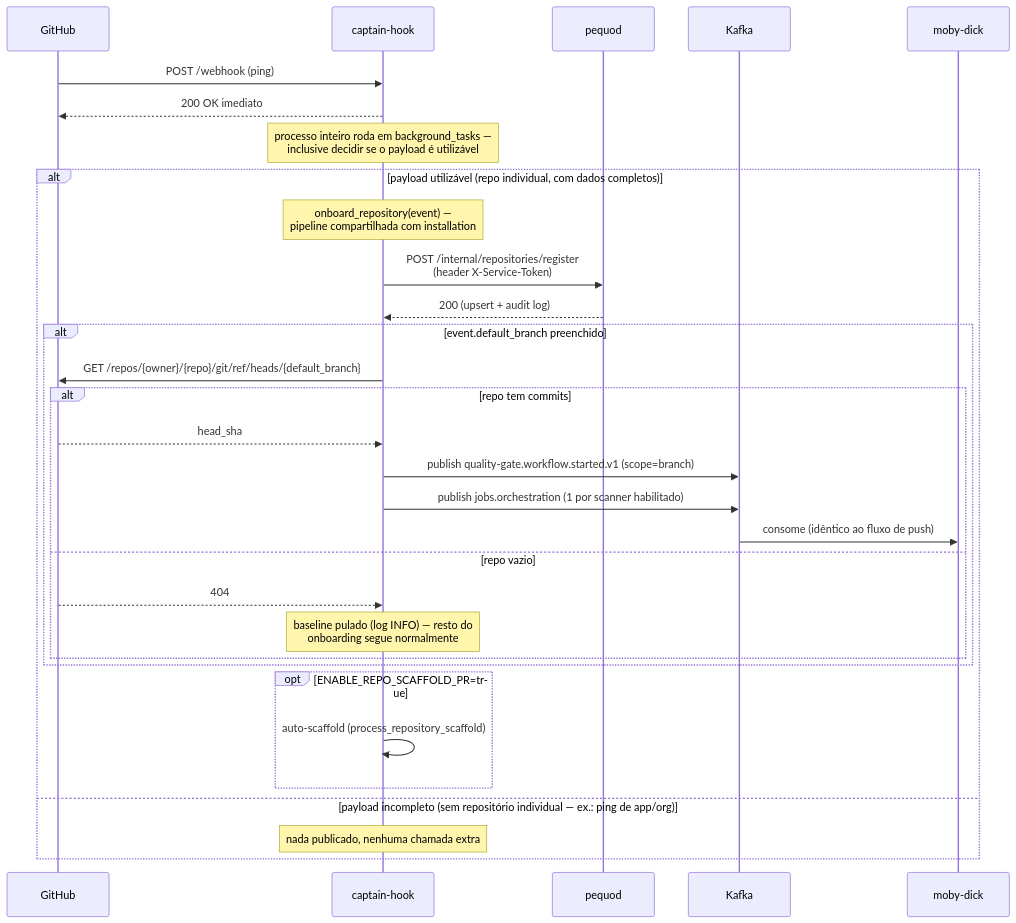
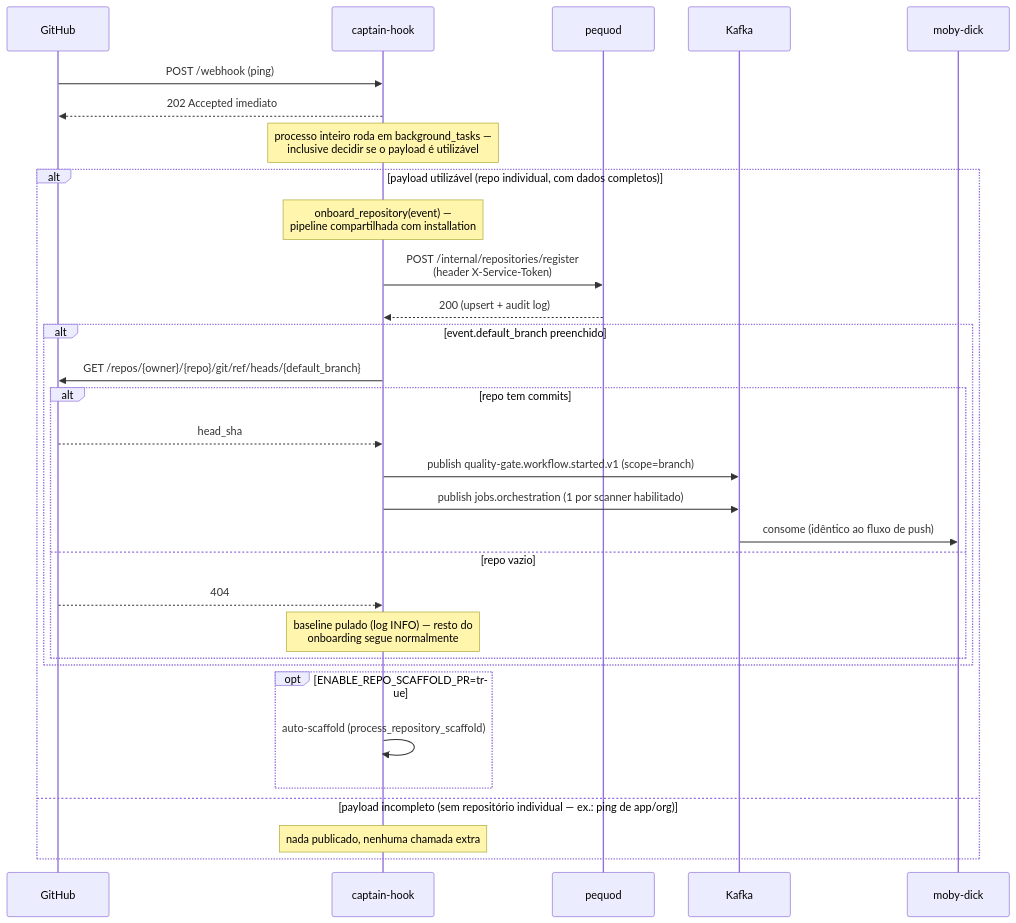
One commit to OdinEye-FIAP/aspm-docs changed the first of 3 diagrams in docs/captain-hook.md. Above: the diagram before and after it, drawn with Mermaid. The commit also changed other lines of this file and 4 other files, not shown here.

````diff
--- a/docs/captain-hook.md
+++ b/docs/captain-hook.md
@@ -50,35 +50,35 @@
 ```mermaid
 sequenceDiagram
     participant GH as GitHub
     participant CH as captain-hook
     participant PQ as pequod
     participant K as Kafka
     participant MD as moby-dick
 
     GH->>CH: POST /webhook (ping)
-    CH-->>GH: 200 OK imediato
+    CH-->>GH: 202 Accepted imediato
     Note over CH: processo inteiro roda em background_tasks —<br/>inclusive decidir se o payload é utilizável
 
     alt payload utilizável (repo individual, com dados completos)
         Note over CH: onboard_repository(event) —<br/>pipeline compartilhada com installation
         CH->>PQ: POST /internal/repositories/register<br/>(header X-Service-Token)
         PQ-->>CH: 200 (upsert + audit log)
         alt event.default_branch preenchido
             CH->>GH: GET /repos/{owner}/{repo}/git/ref/heads/{default_branch}
             alt repo tem commits
                 GH-->>CH: head_sha
                 CH->>K: publish quality-gate.workflow.started.v1 (scope=branch)
                 CH->>K: publish jobs.orchestration (1 por scanner habilitado)
                 K->>MD: consome (idêntico ao fluxo de push)
             else repo vazio
                 GH-->>CH: 404
                 Note over CH: baseline pulado (log INFO) — resto do<br/>onboarding segue normalmente
             end
         end
         opt ENABLE_REPO_SCAFFOLD_PR=true
             CH->>CH: auto-scaffold (process_repository_scaffold)
         end
     else payload incompleto (sem repositório individual — ex.: ping de app/org)
         Note over CH: nada publicado, nenhuma chamada extra
     end
 ```
````
